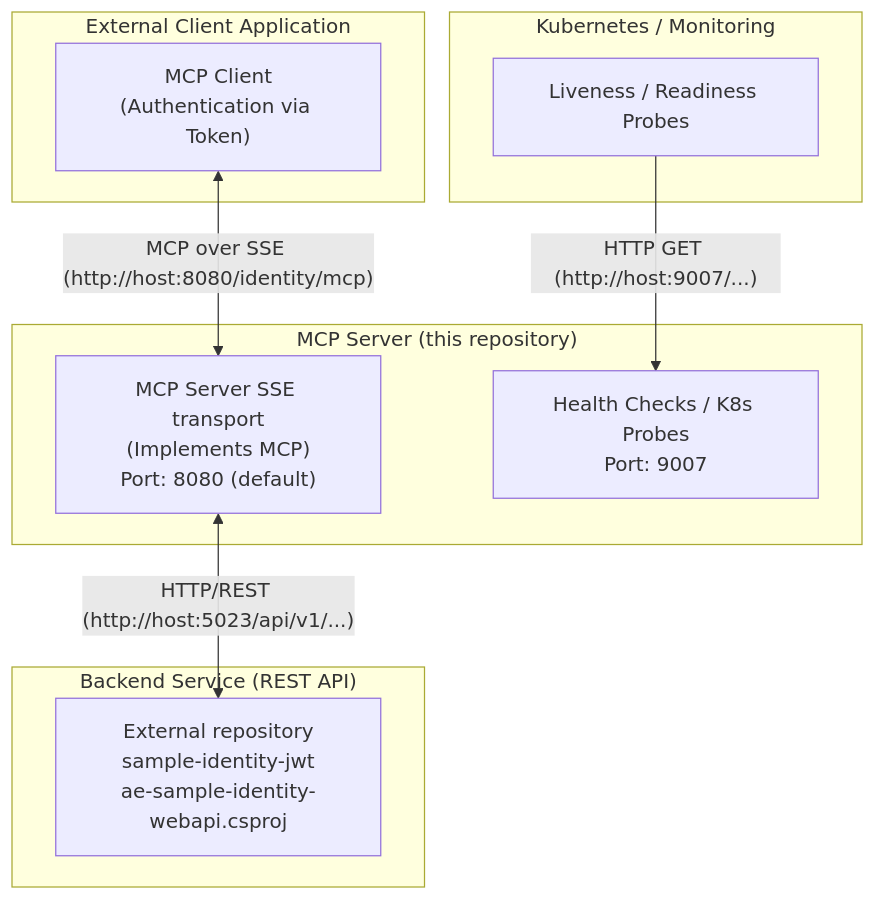
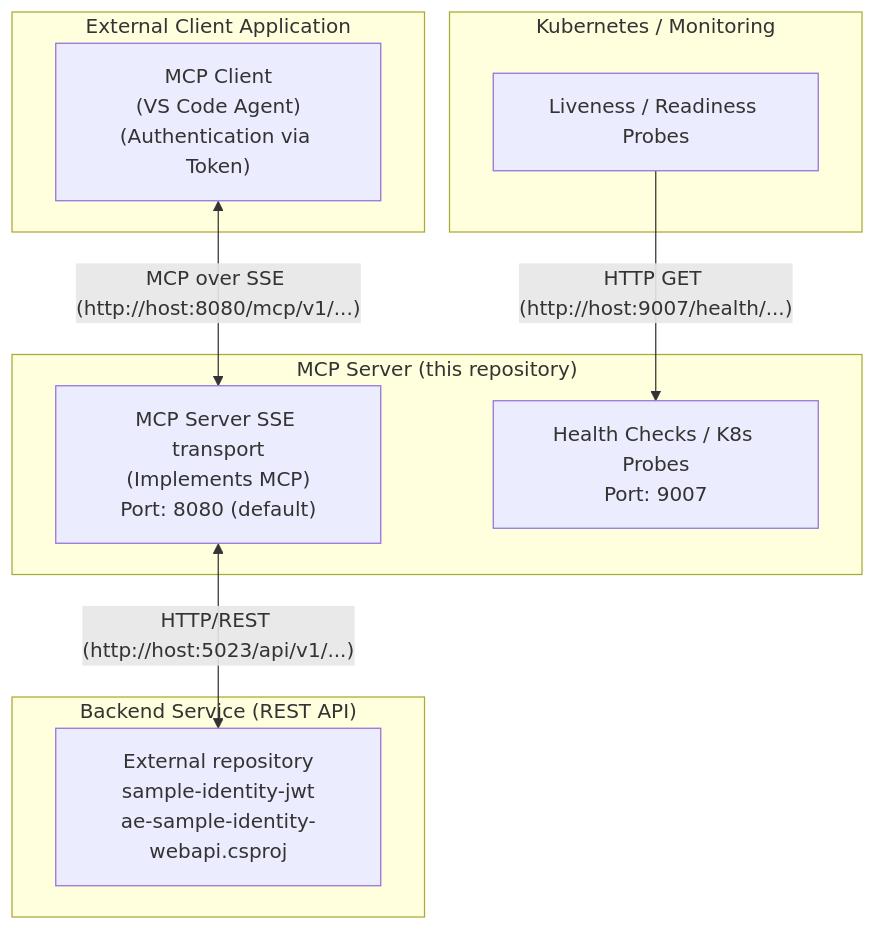
Before and after one commit to ISubkowskI/ae-poc-identity-mcpsrv: the diagram in README.md, drawn with Mermaid. The commit also changed other lines of this file and 5 other files, not shown here.

````diff
--- a/README.md
+++ b/README.md
@@ -16,23 +16,23 @@
 ```mermaid
 graph TD
     subgraph "External Client Application"
-        lblMCPClient["MCP Client<br/>(Authentication via Token)"]
+        lblMCPClient["MCP Client<br/>(VS Code Agent)<br/>(Authentication via Token)"]
     end
 
     subgraph "MCP Server (this repository)"
         lblMCPServer["MCP Server SSE transport<br/>(Implements MCP)<br/>Port: 8080 (default)"]
         lblHealth["Health Checks / K8s Probes<br/>Port: 9007"]
     end
 
     subgraph "Backend Service (REST API)"
         lblBackendService["External repository<br/>sample-identity-jwt<br/>ae-sample-identity-webapi.csproj"]
     end
     
     subgraph "Kubernetes / Monitoring"
         lblK8s["Liveness / Readiness Probes"]
     end
 
-    lblMCPClient -- "MCP over SSE (http://host:8080/identity/mcp)" <--> lblMCPServer
+    lblMCPClient -- "MCP over SSE (http://host:8080/mcp/v1/...)" <--> lblMCPServer
     lblMCPServer -- "HTTP/REST (http://host:5023/api/v1/...)" <--> lblBackendService
-    lblK8s -- "HTTP GET (http://host:9007/...)" --> lblHealth
+    lblK8s -- "HTTP GET (http://host:9007/health/...)" --> lblHealth
 ```
````
